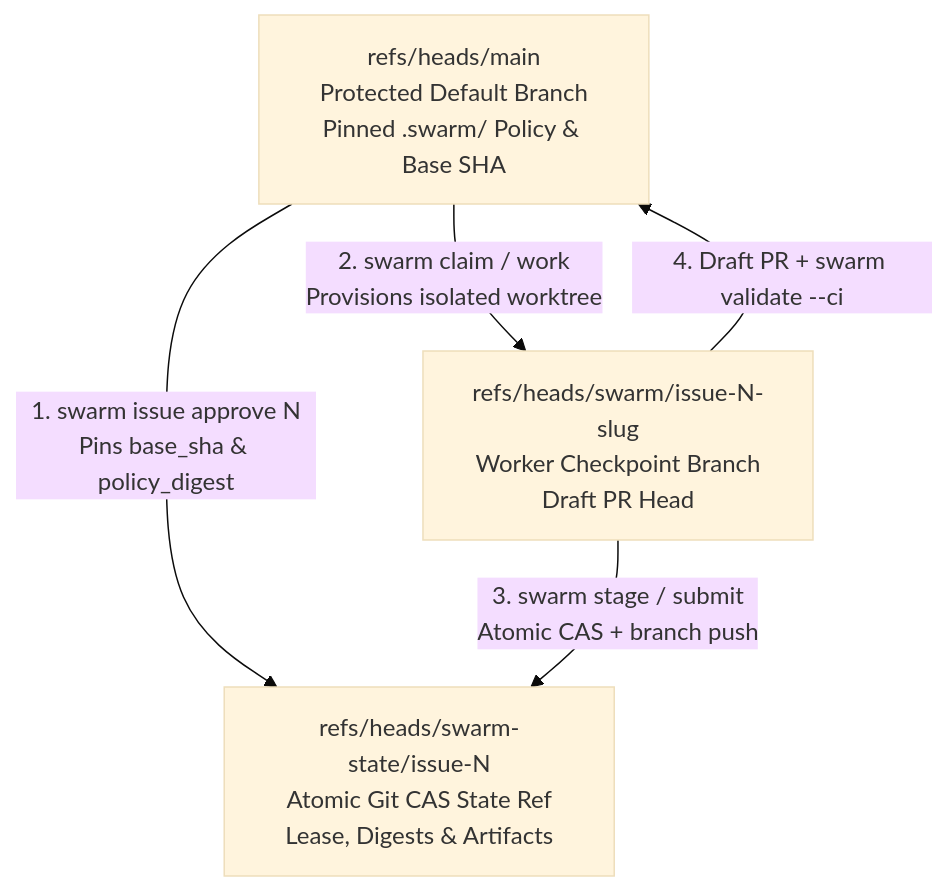
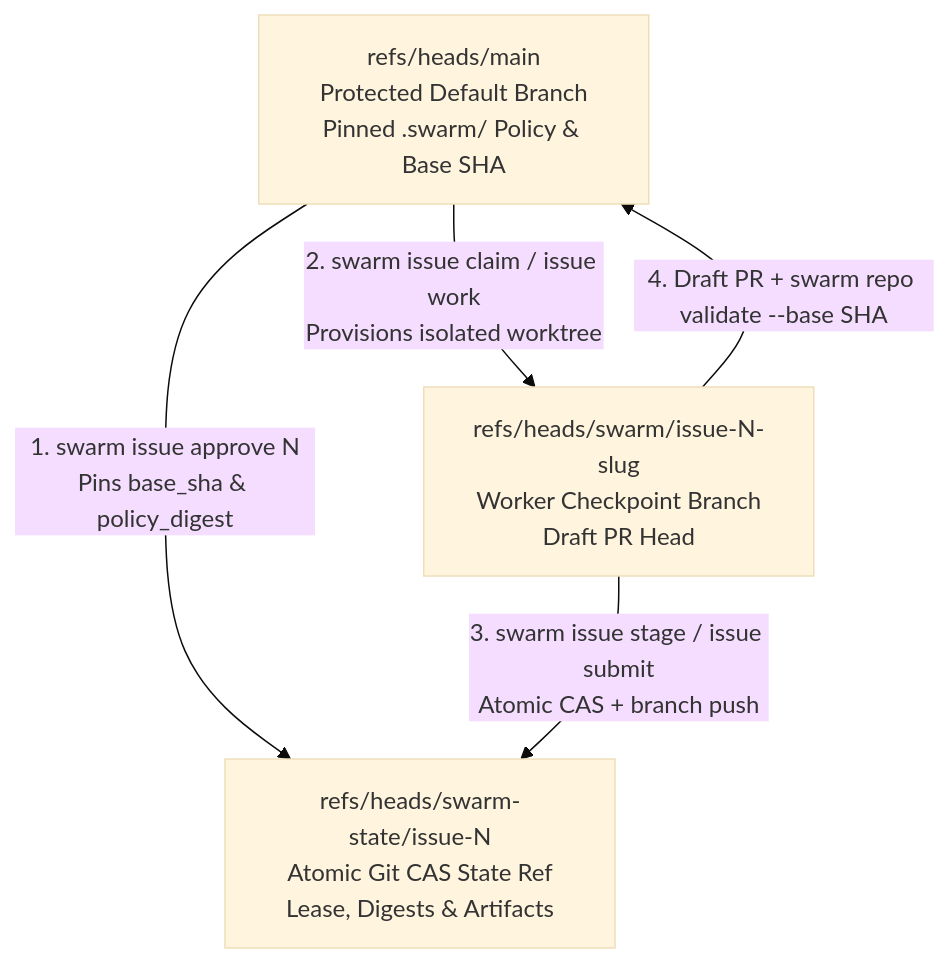
The diagram in docs/GITHUB.md (supernovae/SwarmOS), drawn with Mermaid (base theme) before and after one commit. The commit also changed other lines of this file and 65 other files, not shown here.

````diff
--- a/docs/GITHUB.md
+++ b/docs/GITHUB.md
@@ -72,11 +72,11 @@
 ```mermaid
 flowchart TD
     Main["refs/heads/main<br/>Protected Default Branch<br/>Pinned .swarm/ Policy & Base SHA"]
     State["refs/heads/swarm-state/issue-N<br/>Atomic Git CAS State Ref<br/>Lease, Digests & Artifacts"]
     Work["refs/heads/swarm/issue-N-slug<br/>Worker Checkpoint Branch<br/>Draft PR Head"]
 
     Main -->|"1. swarm issue approve N<br/>Pins base_sha & policy_digest"| State
-    Main -->|"2. swarm claim / work<br/>Provisions isolated worktree"| Work
-    Work -->|"3. swarm stage / submit<br/>Atomic CAS + branch push"| State
-    Work -->|"4. Draft PR + swarm validate --ci"| Main
+    Main -->|"2. swarm issue claim / issue work<br/>Provisions isolated worktree"| Work
+    Work -->|"3. swarm issue stage / issue submit<br/>Atomic CAS + branch push"| State
+    Work -->|"4. Draft PR + swarm repo validate --base SHA"| Main
 ```
````
